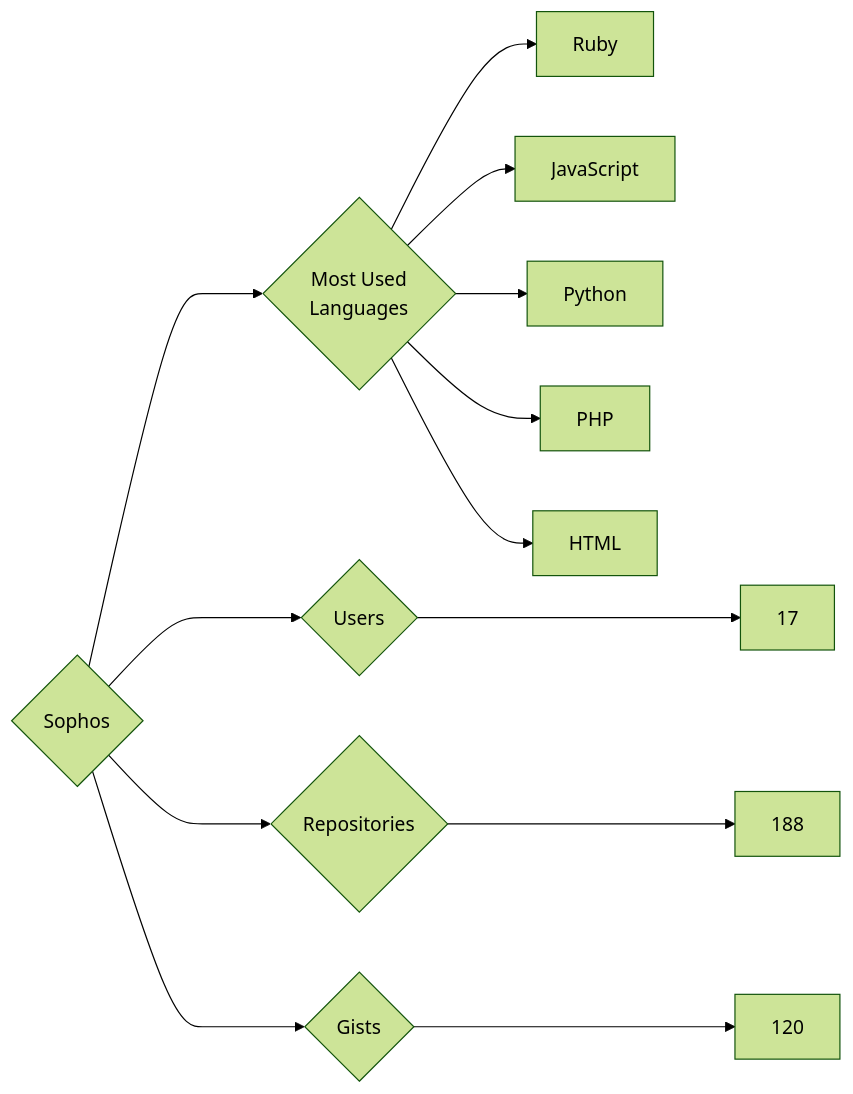
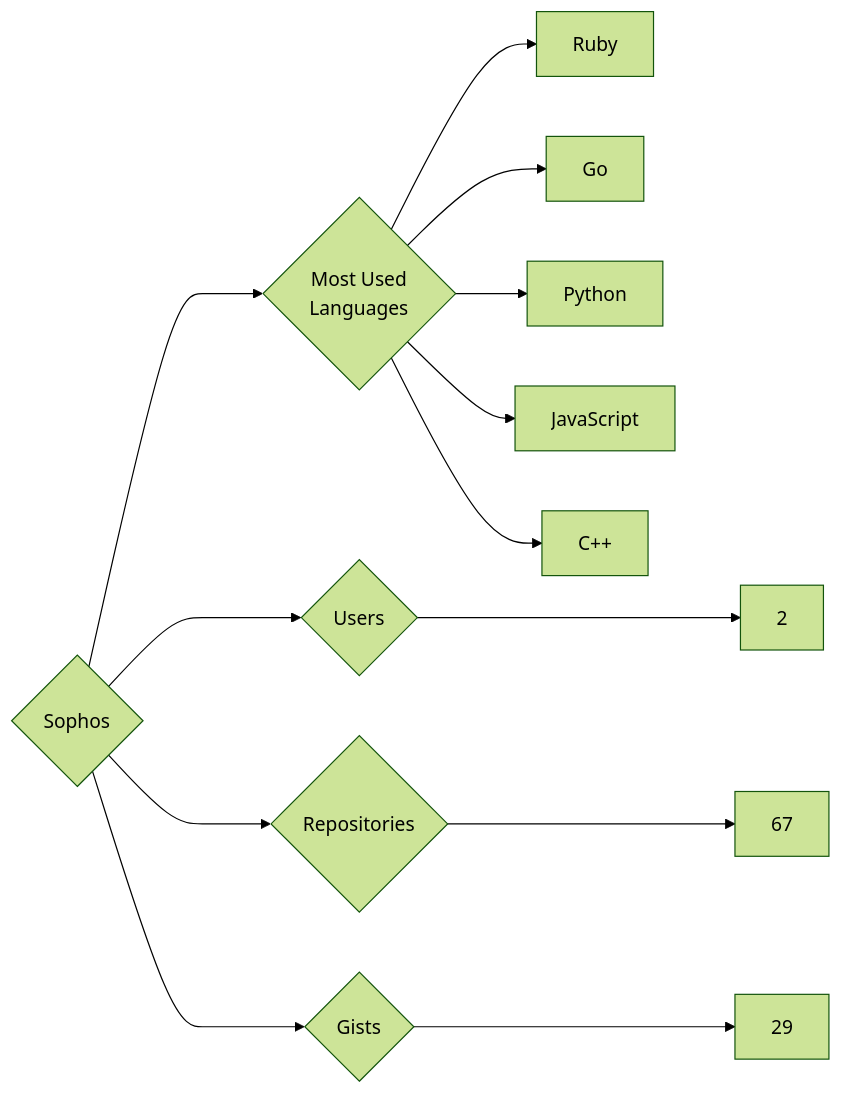
One commit to trickest/insiders changed the diagram in targets/Sophos/README.md. Above: the diagram before and after it, drawn with Mermaid (forest theme). The commit also changed 955 other files, not shown here.

````diff
--- a/targets/Sophos/README.md
+++ b/targets/Sophos/README.md
@@ -3,13 +3,13 @@
 ```mermaid
 graph LR
 COMPANY_NAME{Sophos}
-COMPANY_NAME ---> U{Users} ---> UN[17]
-COMPANY_NAME ---> R{Repositories} ---> RN[188]
-COMPANY_NAME ---> G{Gists} ---> GN[120]
+COMPANY_NAME ---> U{Users} ---> UN[2]
+COMPANY_NAME ---> R{Repositories} ---> RN[67]
+COMPANY_NAME ---> G{Gists} ---> GN[29]
 COMPANY_NAME ---> ML{Most Used<br>Languages}
 ML --> Ruby[Ruby]
+ML --> Go[Go]
+ML --> Python[Python]
 ML --> JavaScript[JavaScript]
-ML --> Python[Python]
-ML --> PHP[PHP]
-ML --> HTML[HTML]
+ML --> C++[C++]
 ```
````
